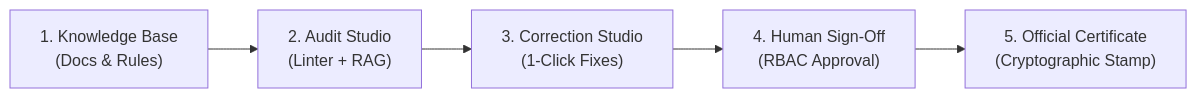
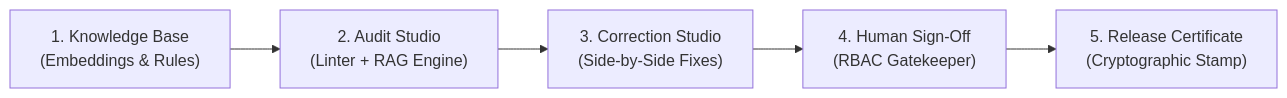
One commit to rubenreji/brandpilot changed the first of 2 diagrams in README.md. Above: the diagram before and after it, drawn with Mermaid. The commit also changed other lines of this file and 16 other files, not shown here.

````diff
--- a/README.md
+++ b/README.md
@@ -21,7 +21,7 @@
 ```mermaid
 flowchart LR
-    A["1. Knowledge Base\n(Docs & Rules)"] --> B["2. Audit Studio\n(Linter + RAG)"]
-    B --> C["3. Correction Studio\n(1-Click Fixes)"]
-    C --> D["4. Human Sign-Off\n(RBAC Approval)"]
-    D --> E["5. Official Certificate\n(Cryptographic Stamp)"]
+    A["1. Knowledge Base\n(Embeddings & Rules)"] --> B["2. Audit Studio\n(Linter + RAG Engine)"]
+    B --> C["3. Correction Studio\n(Side-by-Side Fixes)"]
+    C --> D["4. Human Sign-Off\n(RBAC Gatekeeper)"]
+    D --> E["5. Release Certificate\n(Cryptographic Stamp)"]
 ```
````
